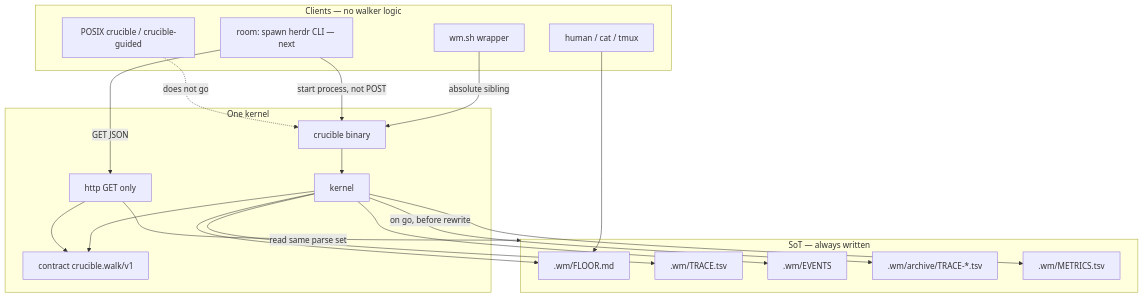
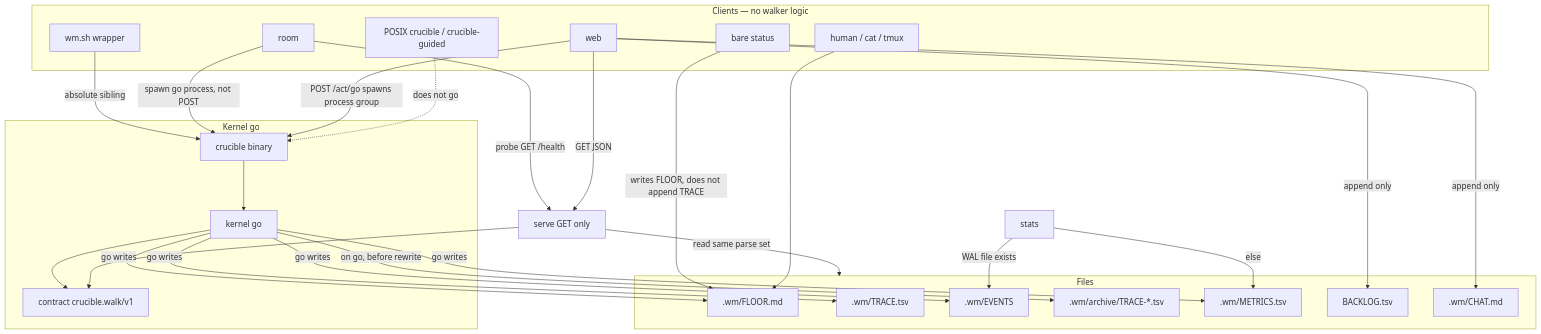
The diagram in architecture/adr/0001-rust-operating-layer.md (medhatgalal/crucible), drawn with Mermaid before and after one commit. The commit also changed other lines of this file and 3 other files, not shown here.

First line of the commit message:
Document room, web drive, and the Rust working-mode engine

````diff
--- a/architecture/adr/0001-rust-operating-layer.md
+++ b/architecture/adr/0001-rust-operating-layer.md
@@ -75,36 +82,48 @@
 ```mermaid
 flowchart TB
   subgraph clients [Clients — no walker logic]
     WRAP["wm.sh wrapper"]
-    ROOM["room: spawn herdr CLI — next"]
+    ROOM["room"]
+    WEB["web"]
     CAT["human / cat / tmux"]
     POSIX["POSIX crucible / crucible-guided"]
+    STATUS["bare status"]
   end
-  subgraph kernelLayer [One kernel]
+  subgraph kernelLayer [Kernel go]
     BIN["crucible binary"]
-    K["kernel"]
+    K["kernel go"]
     C["contract crucible.walk/v1"]
-    H["http GET only"]
   end
-  subgraph files [SoT — always written]
+  SERVE["serve GET only"]
+  STATS["stats"]
+  subgraph files [Files]
     FLOOR[".wm/FLOOR.md"]
     TRACE[".wm/TRACE.tsv"]
     EVENTS[".wm/EVENTS"]
     ARCH[".wm/archive/TRACE-*.tsv"]
     METRICS[".wm/METRICS.tsv"]
+    BACKLOG["BACKLOG.tsv"]
+    CHAT[".wm/CHAT.md"]
   end
   WRAP -->|absolute sibling| BIN
-  ROOM -->|start process, not POST| BIN
-  ROOM -->|GET JSON| H
+  ROOM -->|probe GET /health| SERVE
+  ROOM -->|spawn go process, not POST| BIN
+  WEB -->|GET JSON| SERVE
+  WEB -->|append only| BACKLOG
+  WEB -->|append only| CHAT
+  WEB -->|POST /act/go spawns process group| BIN
   POSIX -.->|does not go| BIN
   BIN --> K
   K --> C
-  H --> C
-  K --> FLOOR
-  K --> TRACE
-  K --> EVENTS
-  K --> METRICS
+  SERVE --> C
+  K -->|go writes| FLOOR
+  K -->|go writes| TRACE
+  K -->|go writes| EVENTS
+  K -->|go writes| METRICS
   K -->|on go, before rewrite| ARCH
+  STATUS -->|writes FLOOR, does not append TRACE| FLOOR
   CAT --> FLOOR
-  H -->|read same parse set| files
+  SERVE -->|read same parse set| files
+  STATS -->|WAL file exists| EVENTS
+  STATS -->|else| METRICS
 ```
````
